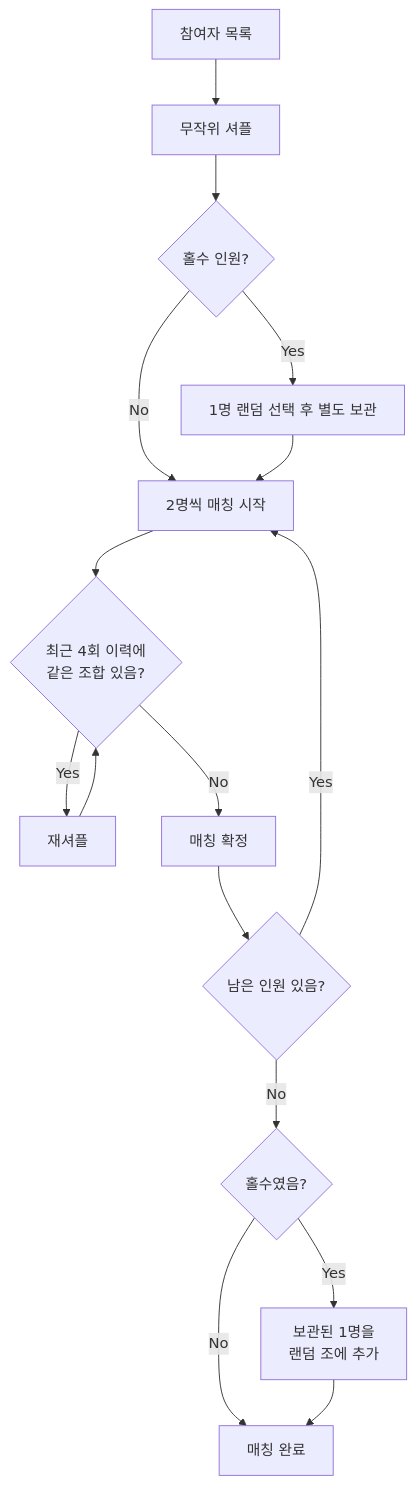
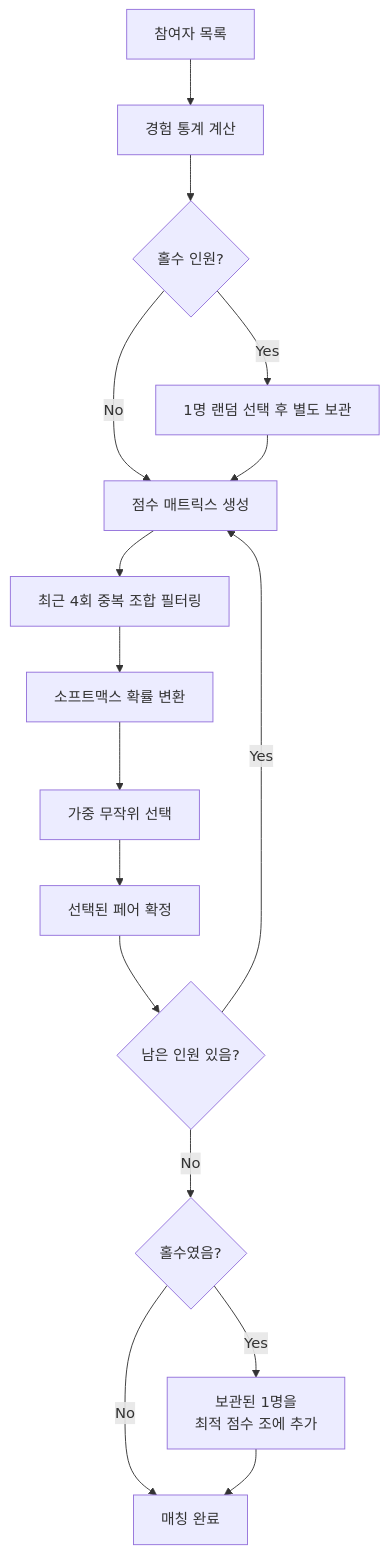
One commit to DaleStudy/coffee changed the diagram in README.md. Above: the diagram before and after it, drawn with Mermaid. The commit also changed other lines of this file, not shown here.

````diff
--- a/README.md
+++ b/README.md
@@ -128,20 +164,20 @@
 ```mermaid
 flowchart TD
-    A[참여자 목록] --> B[무작위 셔플]
+    A[참여자 목록] --> B[경험 통계 계산]
     B --> C{홀수 인원?}
     C -->|Yes| D[1명 랜덤 선택 후 별도 보관]
-    C -->|No| E[2명씩 매칭 시작]
+    C -->|No| E[점수 매트릭스 생성]
     D --> E
 
-    E --> F{최근 4회 이력에<br/>같은 조합 있음?}
-    F -->|Yes| G[재셔플]
-    G --> F
-    F -->|No| H[매칭 확정]
-    H --> I{남은 인원 있음?}
-    I -->|Yes| E
-    I -->|No| J{홀수였음?}
+    E --> F[최근 4회 중복 조합 필터링]
+    F --> G[소프트맥스 확률 변환]
+    G --> H[가중 무작위 선택]
+    H --> I[선택된 페어 확정]
+    I --> J{남은 인원 있음?}
+    J -->|Yes| E
+    J -->|No| K{홀수였음?}
 
-    J -->|Yes| K[보관된 1명을<br/>랜덤 조에 추가]
-    J -->|No| L[매칭 완료]
-    K --> L
+    K -->|Yes| L[보관된 1명을<br/>최적 점수 조에 추가]
+    K -->|No| M[매칭 완료]
+    L --> M
 ```
````
